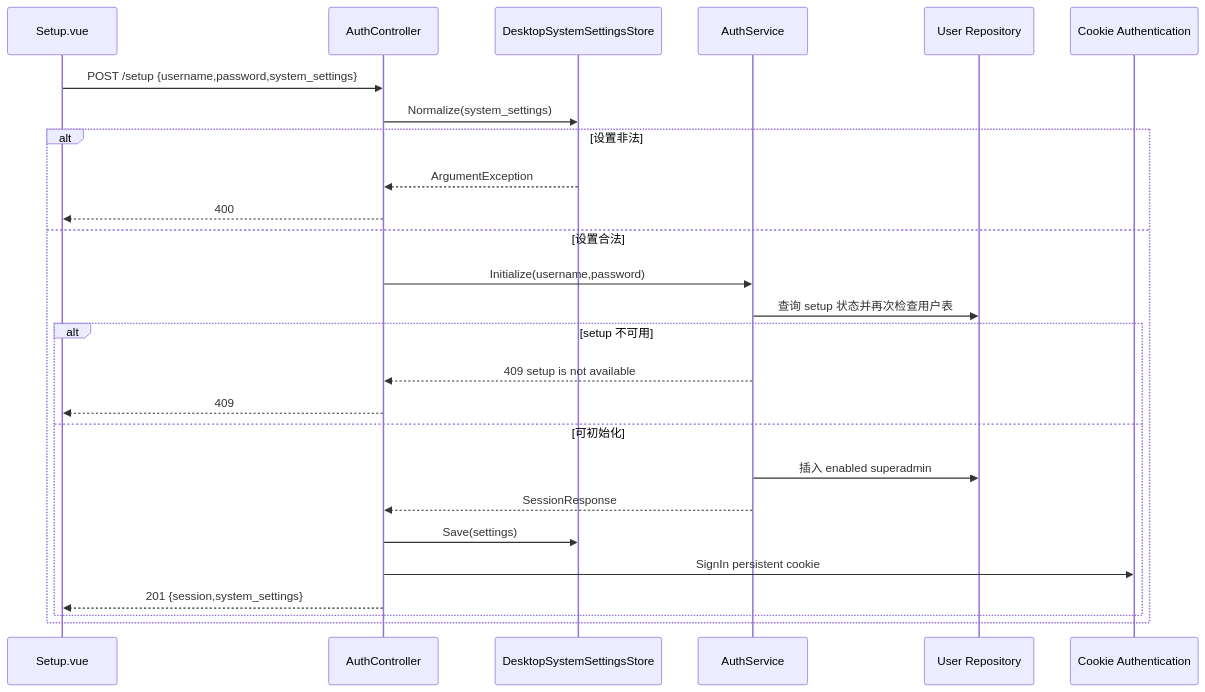
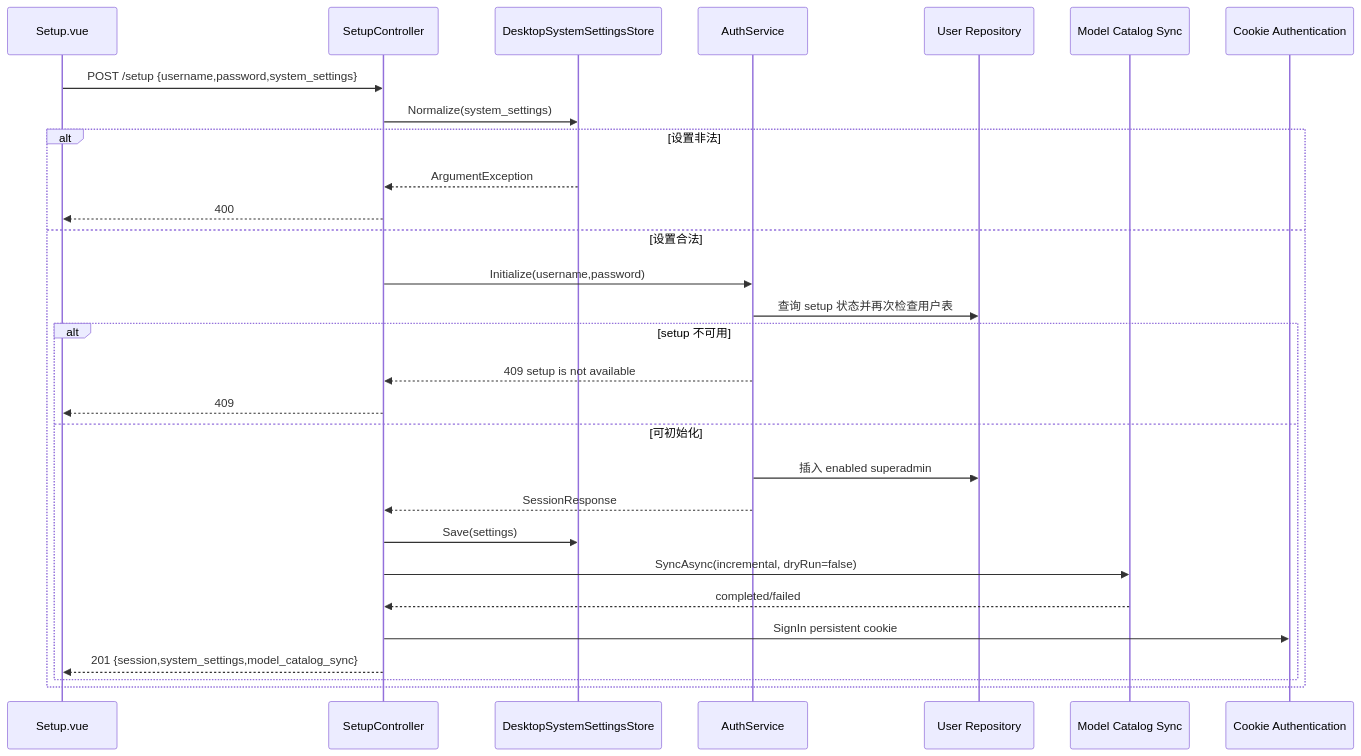
Before and after one commit to shL1481558059/OpenCodex: the second of 4 diagrams in prd/05-initialization-and-auth.md, drawn with Mermaid. The commit also changed other lines of this file and 21 other files, not shown here.

````diff
--- a/prd/05-initialization-and-auth.md
+++ b/prd/05-initialization-and-auth.md
@@ -267,29 +286,32 @@
 ```mermaid
 sequenceDiagram
     participant UI as Setup.vue
-    participant API as AuthController
+    participant API as SetupController
     participant Store as DesktopSystemSettingsStore
     participant Auth as AuthService
     participant DB as User Repository
+    participant Catalog as Model Catalog Sync
     participant Cookie as Cookie Authentication
 
     UI->>API: POST /setup {username,password,system_settings}
     API->>Store: Normalize(system_settings)
     alt 设置非法
         Store-->>API: ArgumentException
         API-->>UI: 400
     else 设置合法
         API->>Auth: Initialize(username,password)
         Auth->>DB: 查询 setup 状态并再次检查用户表
         alt setup 不可用
             Auth-->>API: 409 setup is not available
             API-->>UI: 409
         else 可初始化
             Auth->>DB: 插入 enabled superadmin
             Auth-->>API: SessionResponse
             API->>Store: Save(settings)
+            API->>Catalog: SyncAsync(incremental, dryRun=false)
+            Catalog-->>API: completed/failed
             API->>Cookie: SignIn persistent cookie
-            API-->>UI: 201 {session,system_settings}
+            API-->>UI: 201 {session,system_settings,model_catalog_sync}
         end
     end
 ```
````
